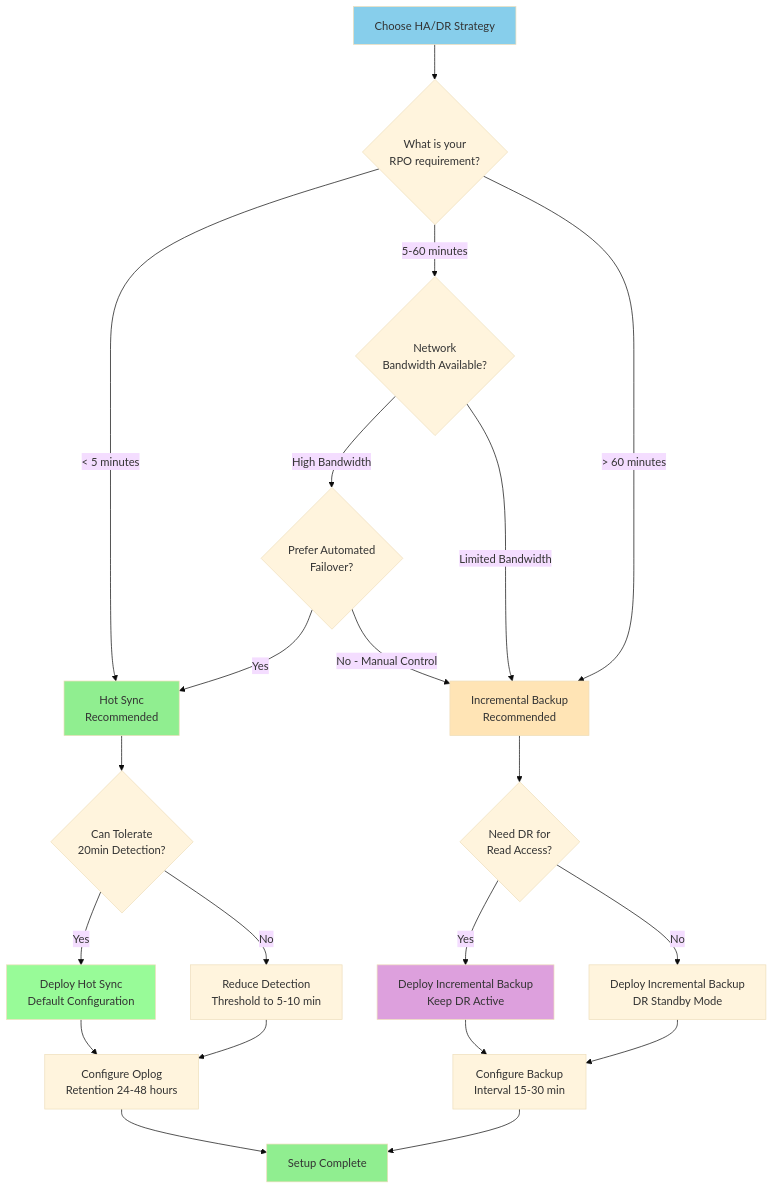
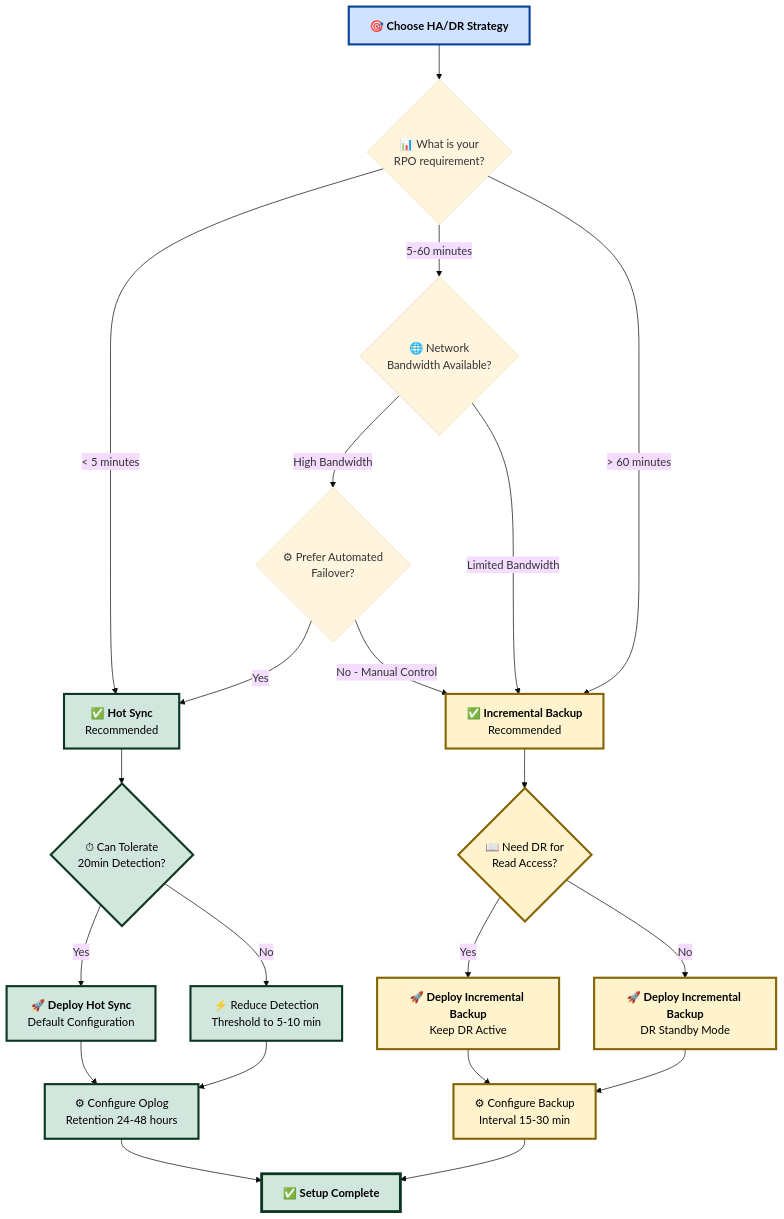
One commit to Vishwa0220/customers-docs changed the tenth of 11 diagrams in HA_DR_Architecture_Documentation_dt.md. Above: the diagram before and after it, drawn with Mermaid (base theme). The commit also changed other lines of this file, not shown here.

````diff
--- a/HA_DR_Architecture_Documentation_dt.md
+++ b/HA_DR_Architecture_Documentation_dt.md
@@ -679,37 +714,41 @@
 ```mermaid
 flowchart TD
-    A[Choose HA/DR Strategy] --> B{What is your<br/>RPO requirement?}
+    A["🎯 <b>Choose HA/DR Strategy</b>"] --> B{"📊 What is your<br/>RPO requirement?"}
     
-    B -->|< 5 minutes| C[Hot Sync<br/>Recommended]
-    B -->|5-60 minutes| D{Network<br/>Bandwidth Available?}
-    B -->|> 60 minutes| E[Incremental Backup<br/>Recommended]
+    B -->|"< 5 minutes"| C["✅ <b>Hot Sync</b><br/>Recommended"]
+    B -->|"5-60 minutes"| D{"🌐 Network<br/>Bandwidth Available?"}
+    B -->|"> 60 minutes"| E["✅ <b>Incremental Backup</b><br/>Recommended"]
     
-    D -->|High Bandwidth| F{Prefer Automated<br/>Failover?}
-    D -->|Limited Bandwidth| E
+    D -->|"High Bandwidth"| F{"⚙ Prefer Automated<br/>Failover?"}
+    D -->|"Limited Bandwidth"| E
     
-    F -->|Yes| C
-    F -->|No - Manual Control| E
+    F -->|"Yes"| C
+    F -->|"No - Manual Control"| E
     
-    C --> G{Can Tolerate<br/>20min Detection?}
-    G -->|Yes| H[Deploy Hot Sync<br/>Default Configuration]
-    G -->|No| I[Reduce Detection<br/>Threshold to 5-10 min]
+    C --> G{"⏱ Can Tolerate<br/>20min Detection?"}
+    G -->|"Yes"| H["🚀 <b>Deploy Hot Sync</b><br/>Default Configuration"]
+    G -->|"No"| I["⚡ Reduce Detection<br/>Threshold to 5-10 min"]
     
-    E --> J{Need DR for<br/>Read Access?}
-    J -->|Yes| K[Deploy Incremental Backup<br/>Keep DR Active]
-    J -->|No| L[Deploy Incremental Backup<br/>DR Standby Mode]
+    E --> J{"📖 Need DR for<br/>Read Access?"}
+    J -->|"Yes"| K["🚀 <b>Deploy Incremental Backup</b><br/>Keep DR Active"]
+    J -->|"No"| L["🚀 <b>Deploy Incremental Backup</b><br/>DR Standby Mode"]
     
-    H --> M[Configure Oplog<br/>Retention 24-48 hours]
+    H --> M["⚙ Configure Oplog<br/>Retention 24-48 hours"]
     I --> M
-    K --> N[Configure Backup<br/>Interval 15-30 min]
+    K --> N["⚙ Configure Backup<br/>Interval 15-30 min"]
     L --> N
     
-    M --> O[Setup Complete]
+    M --> O["✅ <b>Setup Complete</b>"]
     N --> O
     
-    style A fill:#87CEEB
-    style C fill:#90EE90
-    style E fill:#FFE4B5
-    style H fill:#98FB98
-    style K fill:#DDA0DD
-    style O fill:#90EE90
+    classDef start fill:#cfe2ff,stroke:#084298,stroke-width:3px,color:#000
+    classDef hotSync fill:#d1e7dd,stroke:#0a3622,stroke-width:3px,color:#000
+    classDef backup fill:#fff3cd,stroke:#856404,stroke-width:3px,color:#000
+    classDef deploy fill:#d4edda,stroke:#155724,stroke-width:3px,color:#000
+    classDef success fill:#d1e7dd,stroke:#0a3622,stroke-width:4px,color:#000
+    
+    class A start
+    class C,G,H,I,M hotSync
+    class E,J,K,L,N backup
+    class O success
 ```
````
